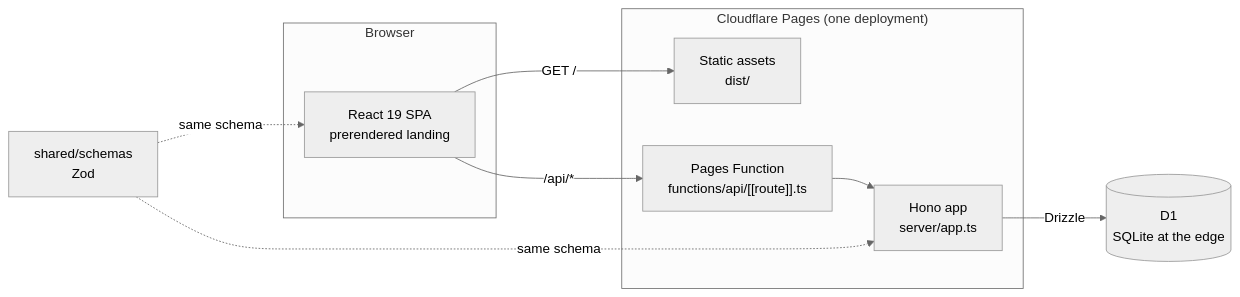
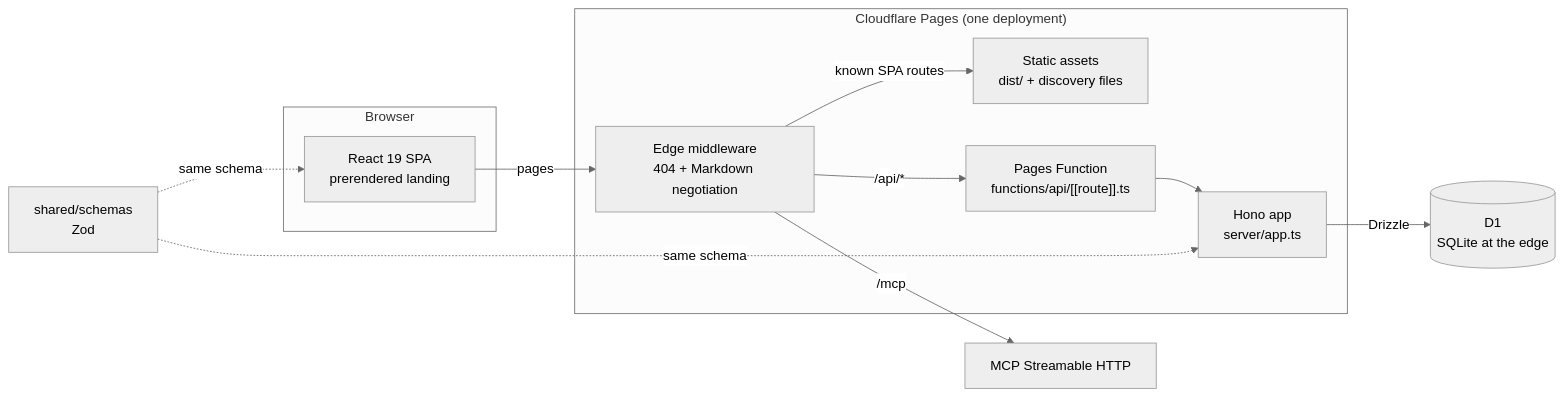
The first of 3 diagrams in README.md (KarthikSubramanian07/not-cal-hacks), drawn with Mermaid (neutral theme) before and after one commit. The commit also changed other lines of this file and 6 other files, not shown here.

````diff
--- a/README.md
+++ b/README.md
@@ -102,19 +102,22 @@
 ```mermaid
 flowchart LR
   subgraph Browser
     SPA["React 19 SPA<br/>prerendered landing"]
   end
   subgraph "Cloudflare Pages (one deployment)"
-    A["Static assets<br/>dist/"]
+    M["Edge middleware<br/>404 + Markdown negotiation"]
+    A["Static assets<br/>dist/ + discovery files"]
     F["Pages Function<br/>functions/api/[[route]].ts"]
     H["Hono app<br/>server/app.ts"]
   end
   DB[("D1<br/>SQLite at the edge")]
 
-  SPA -->|"GET /"| A
-  SPA -->|"/api/*"| F --> H
+  SPA -->|"pages"| M
+  M -->|"known SPA routes"| A
+  M -->|"/api/*"| F --> H
+  M -->|"/mcp"| MCP["MCP Streamable HTTP"]
   H -->|"Drizzle"| DB
 
   Z["shared/schemas<br/>Zod"] -.->|"same schema"| SPA
   Z -.->|"same schema"| H
 ```
````
